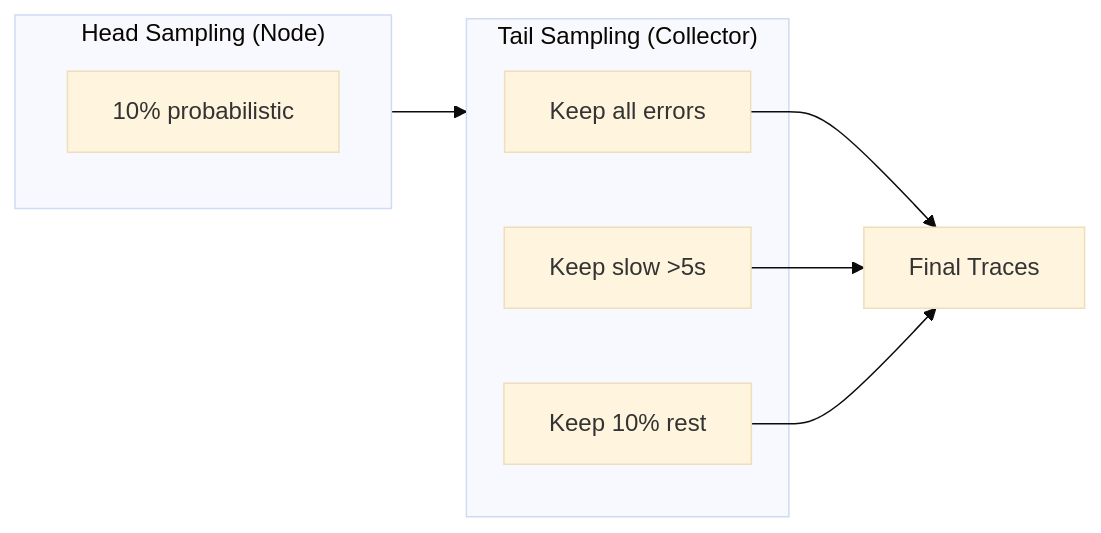
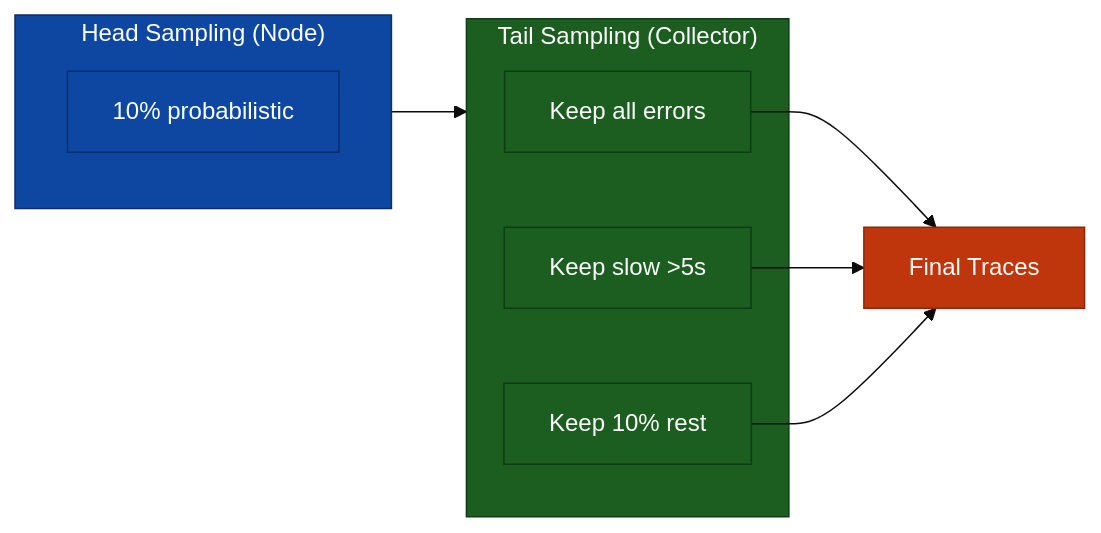
Before and after one commit to XRPL-Node/rippled: the third of 4 diagrams in OpenTelemetryPlan/07-observability-backends.md, drawn with Mermaid (base theme). The commit also changed other lines of this file and 8 other files, not shown here.

````diff
--- a/OpenTelemetryPlan/07-observability-backends.md
+++ b/OpenTelemetryPlan/07-observability-backends.md
@@ -139,18 +146,26 @@
 ```mermaid
 flowchart LR
     subgraph head["Head Sampling (Node)"]
         hs[10% probabilistic]
     end
 
     subgraph tail["Tail Sampling (Collector)"]
         ts1[Keep all errors]
         ts2[Keep slow >5s]
         ts3[Keep 10% rest]
     end
 
     head --> tail
 
     ts1 --> final[Final Traces]
     ts2 --> final
     ts3 --> final
+
+    style head fill:#0d47a1,stroke:#082f6a,color:#fff
+    style tail fill:#1b5e20,stroke:#0d3d14,color:#fff
+    style hs fill:#0d47a1,stroke:#082f6a,color:#fff
+    style ts1 fill:#1b5e20,stroke:#0d3d14,color:#fff
+    style ts2 fill:#1b5e20,stroke:#0d3d14,color:#fff
+    style ts3 fill:#1b5e20,stroke:#0d3d14,color:#fff
+    style final fill:#bf360c,stroke:#8c2809,color:#fff
 ```
````
